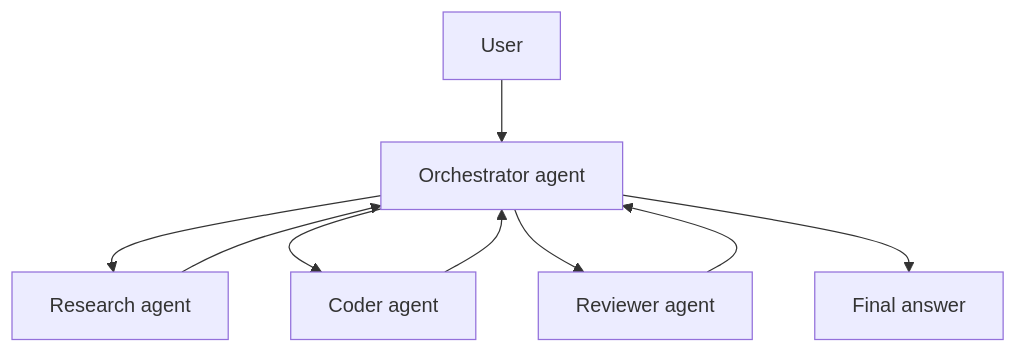
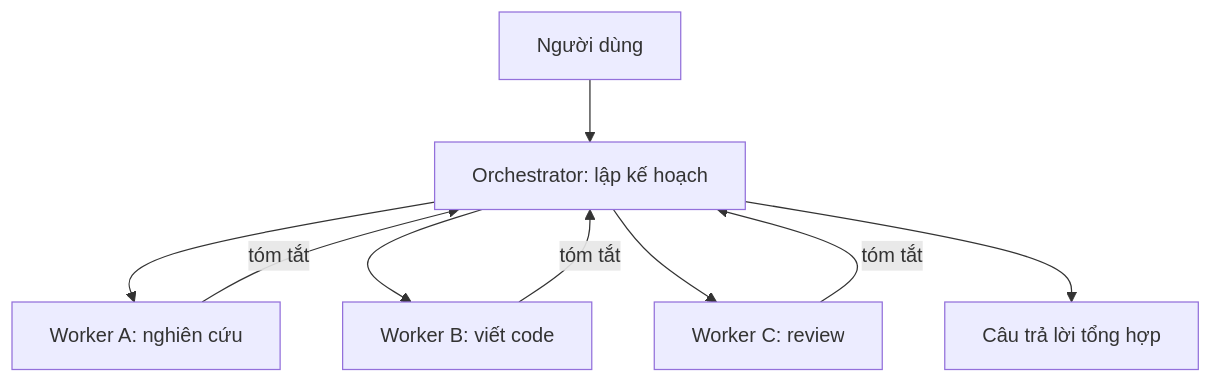
The diagram in src/assets/knowledge/playbooks/ai-engineering/multi-agent-orchestration.md (passion-Infinity/personal-tech-playbook), drawn with Mermaid before and after one commit. The commit also changed other lines of this file and 6 other files, not shown here.

````diff
--- a/src/assets/knowledge/playbooks/ai-engineering/multi-agent-orchestration.md
+++ b/src/assets/knowledge/playbooks/ai-engineering/multi-agent-orchestration.md
@@ -18,11 +38,11 @@
 ```mermaid
 flowchart TD
-    U[User] --> O["Orchestrator agent"]
-    O --> A1["Research agent"]
-    O --> A2["Coder agent"]
-    O --> A3["Reviewer agent"]
-    A1 --> O
-    A2 --> O
-    A3 --> O
-    O --> R["Final answer"]
+    U["Người dùng"] --> O["Orchestrator: lập kế hoạch"]
+    O --> A1["Worker A: nghiên cứu"]
+    O --> A2["Worker B: viết code"]
+    O --> A3["Worker C: review"]
+    A1 -->|"tóm tắt"| O
+    A2 -->|"tóm tắt"| O
+    A3 -->|"tóm tắt"| O
+    O --> R["Câu trả lời tổng hợp"]
 ```
````
